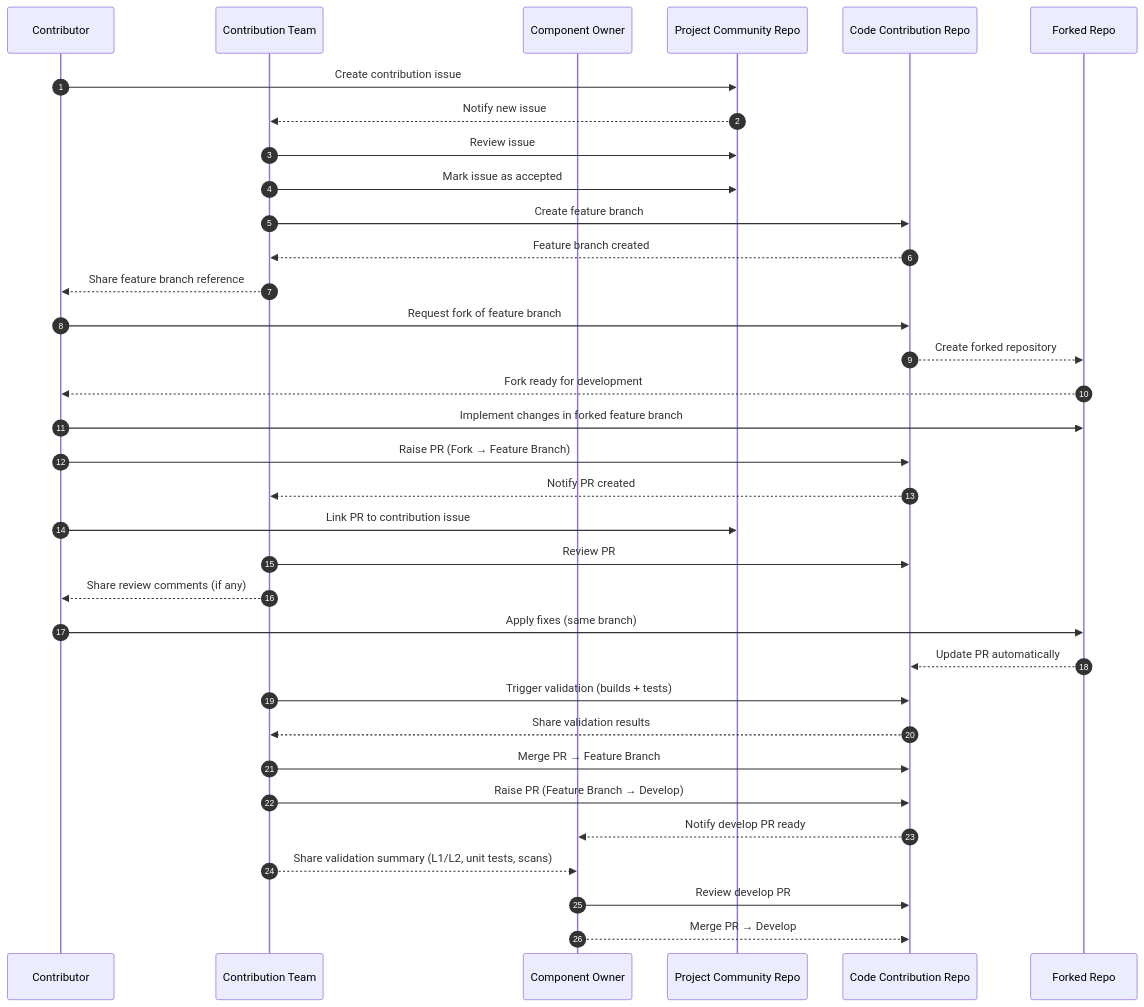
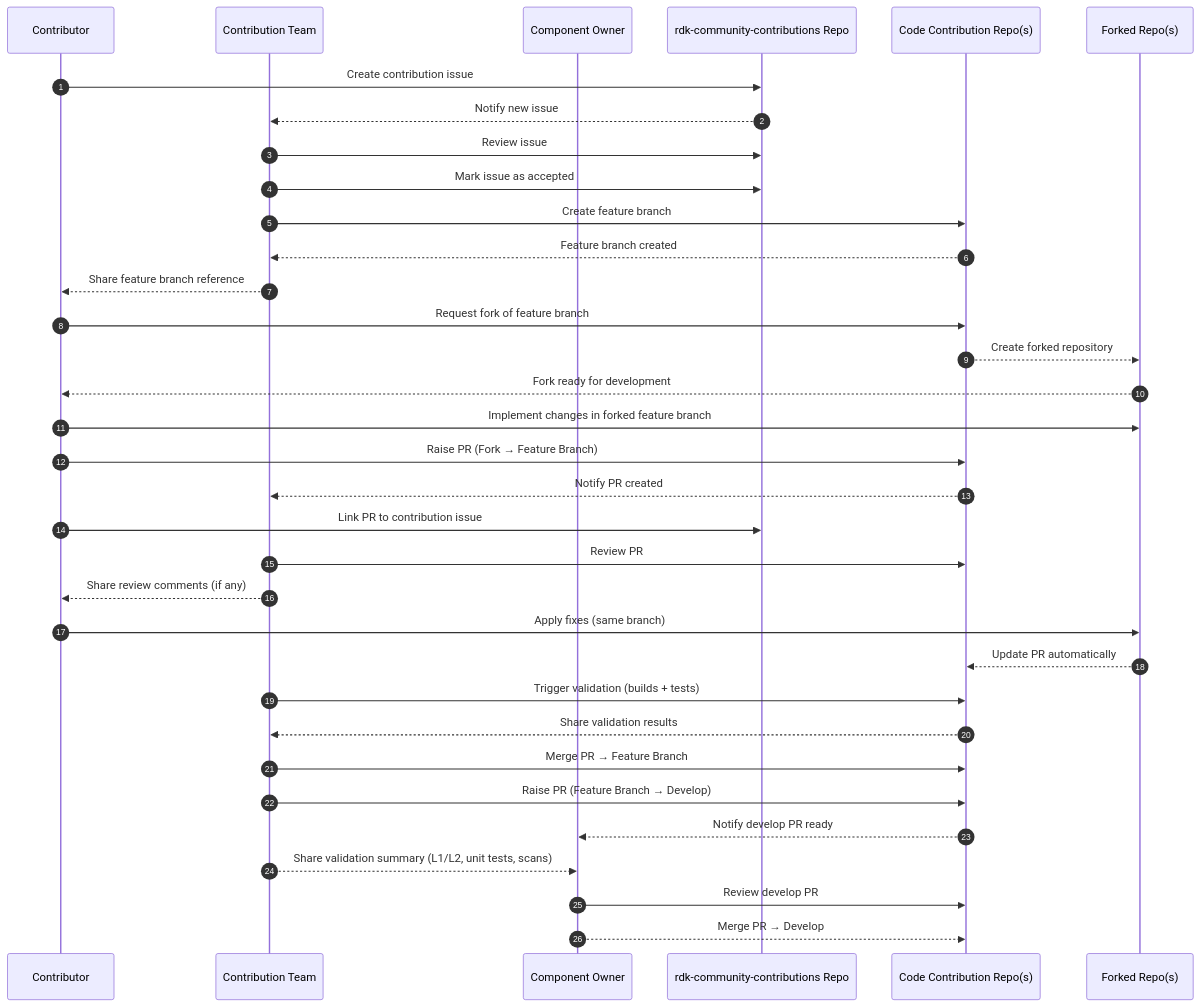
The first of 2 diagrams in docs/ContibutionProcess/Contributing.md (rdkcentral/docs), drawn with Mermaid before and after one commit.

````diff
--- a/docs/ContibutionProcess/Contributing.md
+++ b/docs/ContibutionProcess/Contributing.md
@@ -184,42 +184,42 @@
 ```mermaid
 sequenceDiagram
 autonumber
 
 participant C as Contributor
 participant CT as Contribution Team
 participant CO as Component Owner
-participant GR as Project Community Repo
-participant CCR as Code Contribution Repo
-participant FR as Forked Repo
+participant GR as rdk-community-contributions Repo
+participant CCR as Code Contribution Repo(s)
+participant FR as Forked Repo(s)
 
 C->>GR: Create contribution issue
 GR-->>CT: Notify new issue
 CT->>GR: Review issue
 CT->>GR: Mark issue as accepted
 CT->>CCR: Create feature branch
 CCR-->>CT: Feature branch created
 CT-->>C: Share feature branch reference
 
 C->>CCR: Request fork of feature branch
 CCR-->>FR: Create forked repository
 FR-->>C: Fork ready for development
 
 C->>FR: Implement changes in forked feature branch
 C->>CCR: Raise PR (Fork → Feature Branch)
 CCR-->>CT: Notify PR created
 C->>GR: Link PR to contribution issue
 
 CT->>CCR: Review PR
 CT-->>C: Share review comments (if any)
 C->>FR: Apply fixes (same branch)
 FR-->>CCR: Update PR automatically
 CT->>CCR: Trigger validation (builds + tests)
 CCR-->>CT: Share validation results
 CT->>CCR: Merge PR → Feature Branch
 
 CT->>CCR: Raise PR (Feature Branch → Develop)
 CCR-->>CO: Notify develop PR ready
 CT-->>CO: Share validation summary (L1/L2, unit tests, scans)
 CO->>CCR: Review develop PR
 CO-->>CCR: Merge PR → Develop
 ```
````
